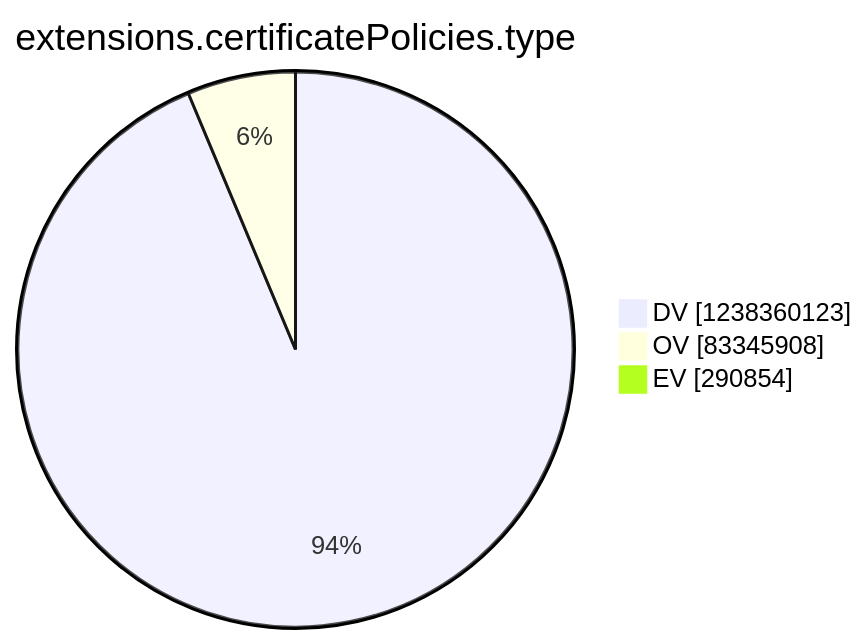
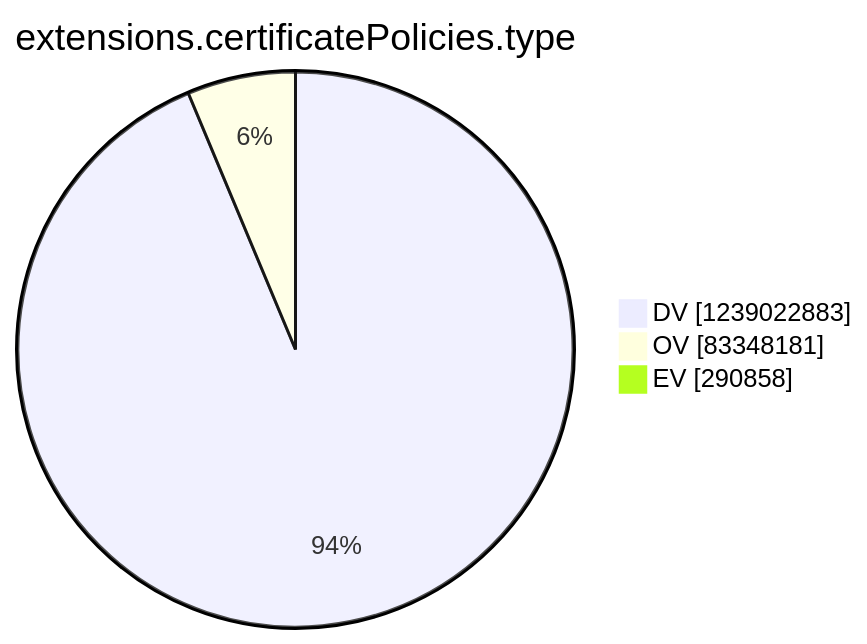
The tenth of 15 diagrams in argon2022/README.md (christiankrug/ctmonitor_visualization), drawn with Mermaid before and after one commit. The commit also changed other lines of this file, not shown here.

````diff
--- a/argon2022/README.md
+++ b/argon2022/README.md
@@ -2771,7 +2771,7 @@
 ```mermaid
 pie showData
 title extensions.certificatePolicies.type
-"DV" :1238360123
-"OV" :83345908
-"EV" :290854
+"DV" :1239022883
+"OV" :83348181
+"EV" :290858
 ```
````
